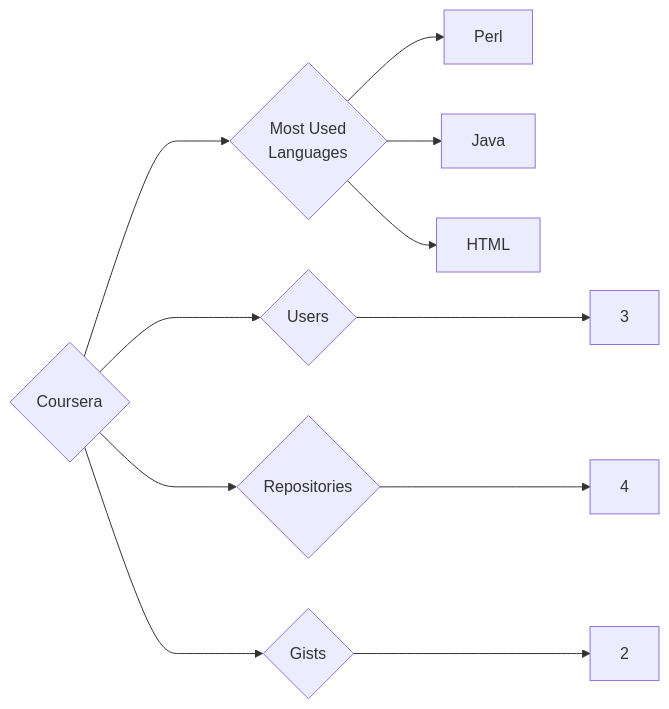
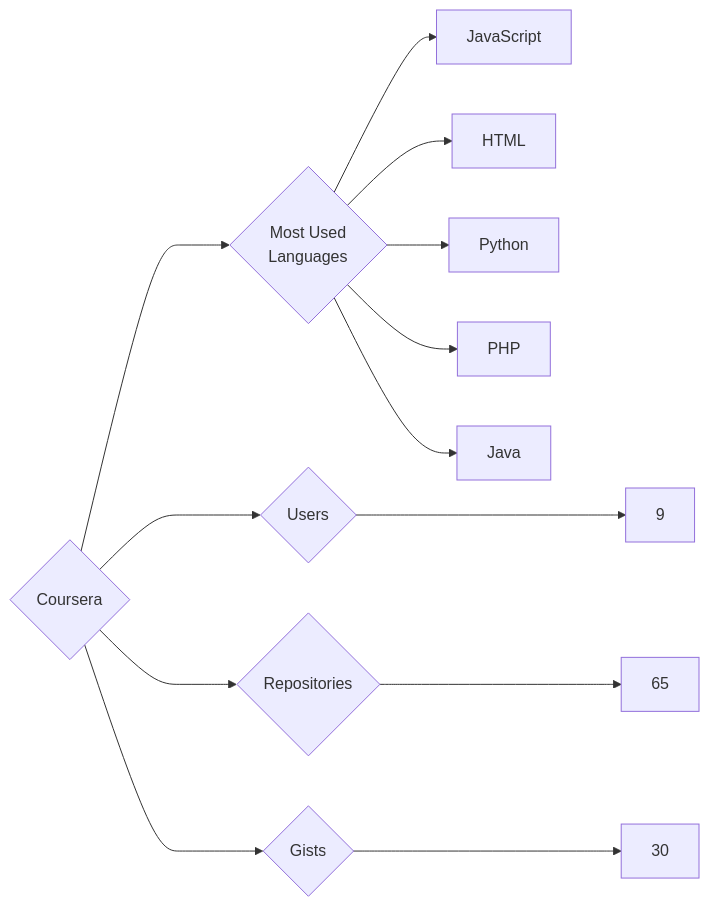
Before and after one commit to trickest/insiders: the diagram in targets/Coursera/README.md, drawn with Mermaid. The commit also changed 1055 other files, not shown here.

````diff
--- a/targets/Coursera/README.md
+++ b/targets/Coursera/README.md
@@ -3,11 +3,13 @@
 ```mermaid
 graph LR
 COMPANY_NAME{Coursera}
-COMPANY_NAME ---> U{Users} ---> UN[3]
-COMPANY_NAME ---> R{Repositories} ---> RN[4]
-COMPANY_NAME ---> G{Gists} ---> GN[2]
+COMPANY_NAME ---> U{Users} ---> UN[9]
+COMPANY_NAME ---> R{Repositories} ---> RN[65]
+COMPANY_NAME ---> G{Gists} ---> GN[30]
 COMPANY_NAME ---> ML{Most Used<br>Languages}
-ML --> Perl[Perl]
+ML --> JavaScript[JavaScript]
+ML --> HTML[HTML]
+ML --> Python[Python]
+ML --> PHP[PHP]
 ML --> Java[Java]
-ML --> HTML[HTML]
 ```
````
